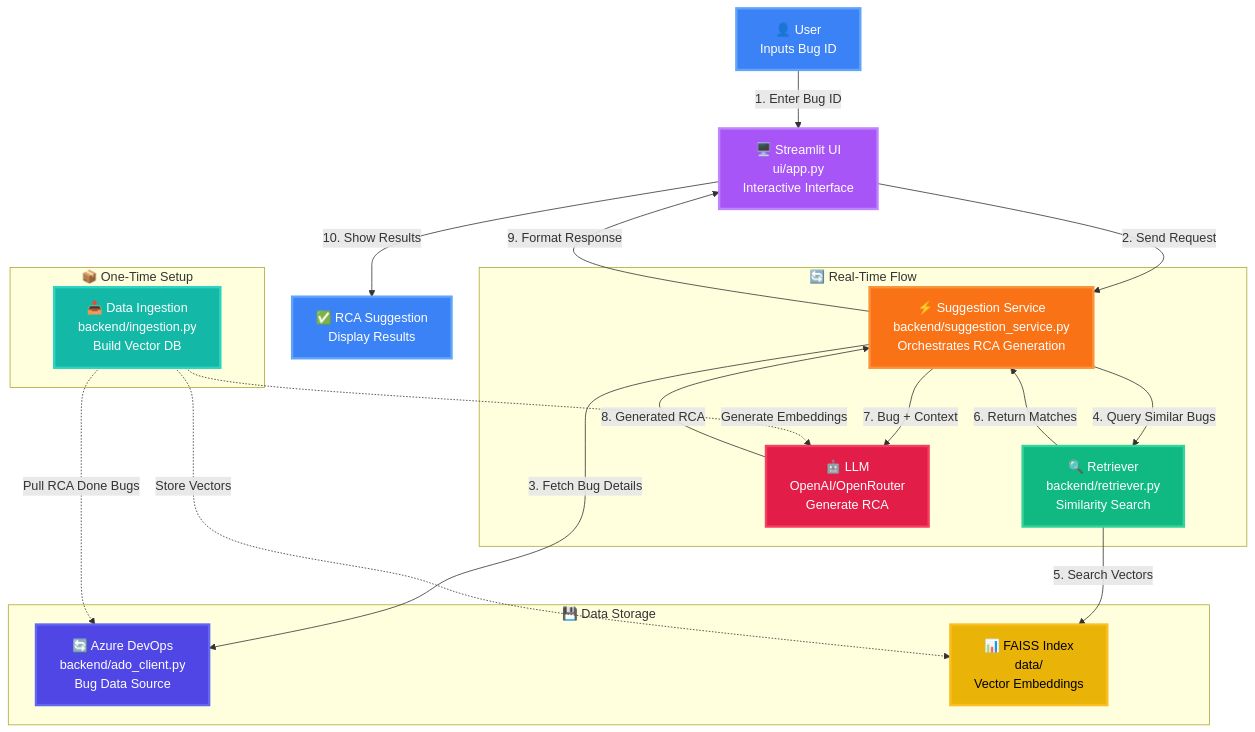
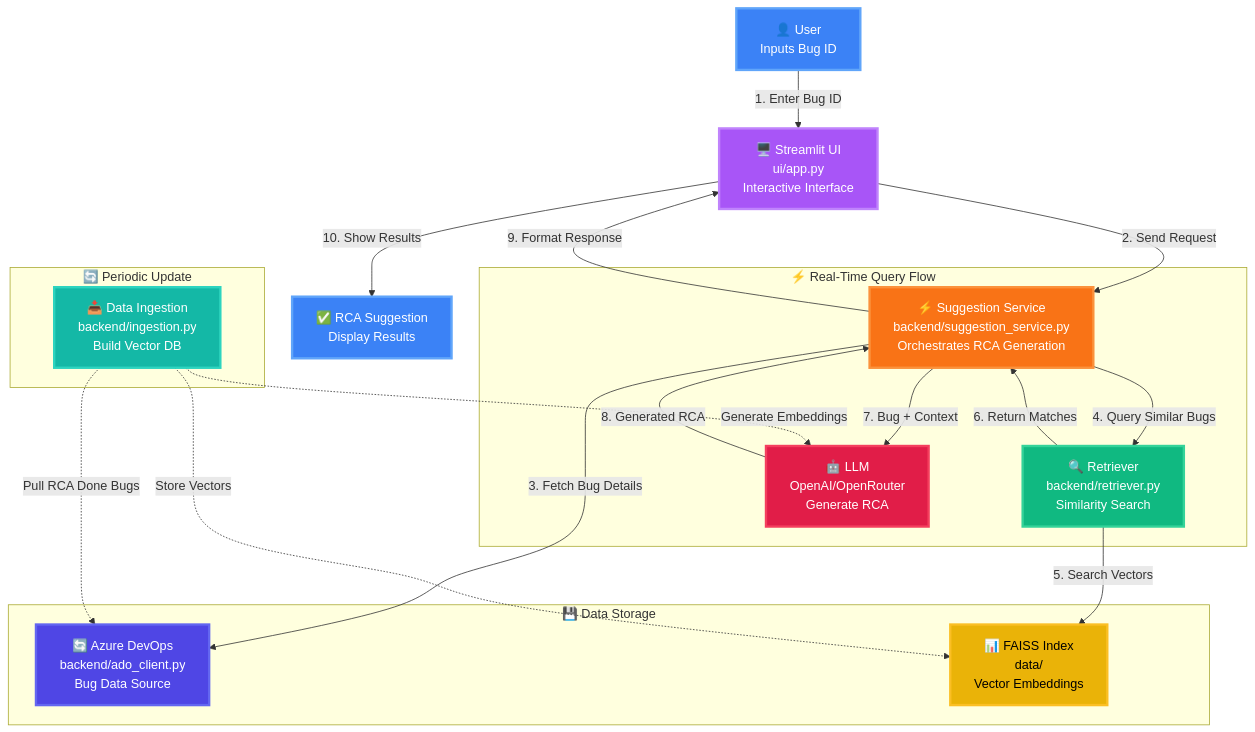
Before and after one commit to krupark1-manu/AI-Assisted-RCA-Suggestion-tool: the diagram in README.md, drawn with Mermaid. The commit also changed other lines of this file and 19 other files, not shown here.

````diff
--- a/README.md
+++ b/README.md
@@ -35,56 +35,56 @@
 ```mermaid
 graph TB
     %% Styling
     classDef userStyle fill:#3b82f6,stroke:#60a5fa,stroke-width:3px,color:#fff
     classDef uiStyle fill:#a855f7,stroke:#c084fc,stroke-width:3px,color:#fff
     classDef backendStyle fill:#f97316,stroke:#fb923c,stroke-width:3px,color:#fff
     classDef retrieverStyle fill:#10b981,stroke:#34d399,stroke-width:3px,color:#fff
     classDef dataStyle fill:#eab308,stroke:#fbbf24,stroke-width:3px,color:#000
     classDef adoStyle fill:#4f46e5,stroke:#6366f1,stroke-width:3px,color:#fff
     classDef ingestionStyle fill:#14b8a6,stroke:#2dd4bf,stroke-width:3px,color:#fff
     classDef llmStyle fill:#e11d48,stroke:#f43f5e,stroke-width:3px,color:#fff
     
     %% Nodes
     USER[👤 User<br/>Inputs Bug ID]:::userStyle
     UI[🖥️ Streamlit UI<br/>ui/app.py<br/>Interactive Interface]:::uiStyle
     SUGGEST[⚡ Suggestion Service<br/>backend/suggestion_service.py<br/>Orchestrates RCA Generation]:::backendStyle
     RETRIEVER[🔍 Retriever<br/>backend/retriever.py<br/>Similarity Search]:::retrieverStyle
     ADO[🔄 Azure DevOps<br/>backend/ado_client.py<br/>Bug Data Source]:::adoStyle
     FAISS[📊 FAISS Index<br/>data/<br/>Vector Embeddings]:::dataStyle
     INGEST[📥 Data Ingestion<br/>backend/ingestion.py<br/>Build Vector DB]:::ingestionStyle
     LLM[🤖 LLM<br/>OpenAI/OpenRouter<br/>Generate RCA]:::llmStyle
     OUTPUT[✅ RCA Suggestion<br/>Display Results]:::userStyle
     
     %% Main Flow
     USER -->|1. Enter Bug ID| UI
     UI -->|2. Send Request| SUGGEST
     SUGGEST -->|3. Fetch Bug Details| ADO
     SUGGEST -->|4. Query Similar Bugs| RETRIEVER
     RETRIEVER -->|5. Search Vectors| FAISS
     RETRIEVER -->|6. Return Matches| SUGGEST
     SUGGEST -->|7. Bug + Context| LLM
     LLM -->|8. Generated RCA| SUGGEST
     SUGGEST -->|9. Format Response| UI
     UI -->|10. Show Results| OUTPUT
     
     %% Ingestion Flow
     INGEST -.->|Pull RCA Done Bugs| ADO
     INGEST -.->|Generate Embeddings| LLM
     INGEST -.->|Store Vectors| FAISS
     
     %% Notes
-    subgraph "📦 One-Time Setup"
+    subgraph "🔄 Periodic Update"
         INGEST
     end
     
-    subgraph "🔄 Real-Time Flow"
+    subgraph "⚡ Real-Time Query Flow"
         SUGGEST
         RETRIEVER
         LLM
     end
     
     subgraph "💾 Data Storage"
         ADO
         FAISS
     end
 ```
````
